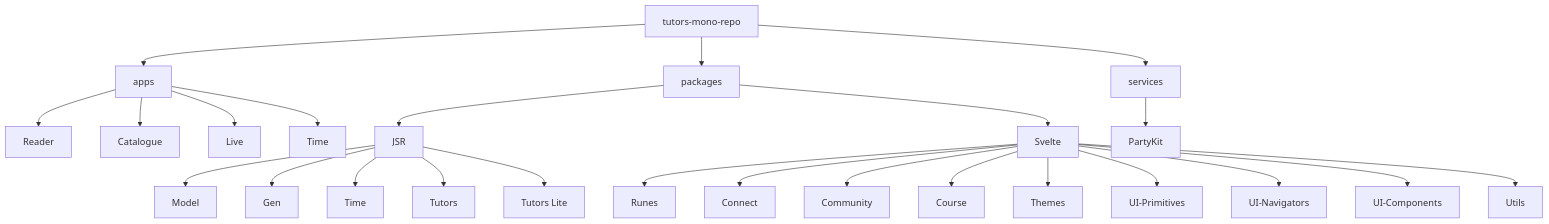
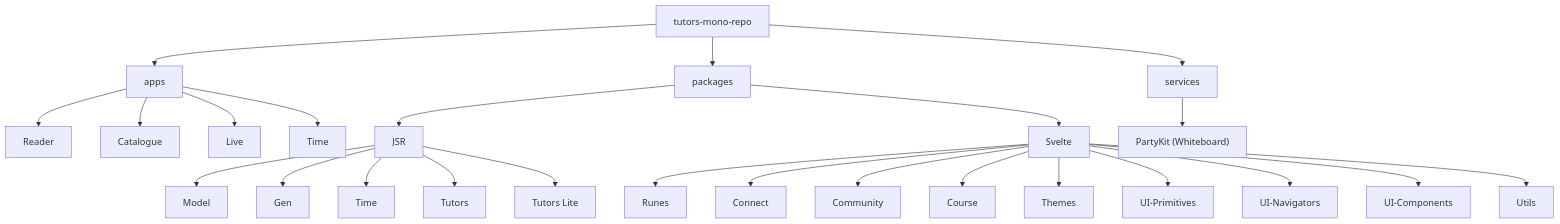
One commit to tutors-sdk/tutors-reference-manual changed the first of 14 diagrams in unit-4-dev/note-architecture/note-architecture.md. Above: the diagram before and after it, drawn with Mermaid. The commit also changed other lines of this file and 2 other files, not shown here.

Commit message:
architecture update

````diff
--- a/unit-4-dev/note-architecture/note-architecture.md
+++ b/unit-4-dev/note-architecture/note-architecture.md
@@ -48,34 +48,34 @@
 ```mermaid
 graph TD
   root["tutors-mono-repo"]
 
   root --> apps
   root --> packages
   root --> services
 
   apps --> reader["Reader"]
   apps --> catalogue["Catalogue"]
   apps --> live["Live"]
   apps --> time_app["Time"]
 
   packages --> jsr["JSR"]
   packages --> svelte["Svelte"]
 
   jsr --> model["Model"]
   jsr --> gen["Gen"]
   jsr --> time["Time"]
   jsr --> tutors_cli["Tutors"]
   jsr --> tutors_lite["Tutors Lite"]
 
   svelte --> runes["Runes"]
   svelte --> connect["Connect"]
   svelte --> community["Community"]
   svelte --> course["Course"]
   svelte --> themes["Themes"]
   svelte --> ui_prim["UI-Primitives"]
   svelte --> ui_nav["UI-Navigators"]
   svelte --> ui_comp["UI-Components"]
   svelte --> utils["Utils"]
 
-  services --> partykit["PartyKit"]
+  services --> partykit["PartyKit (Whiteboard)"]
 ```
````
